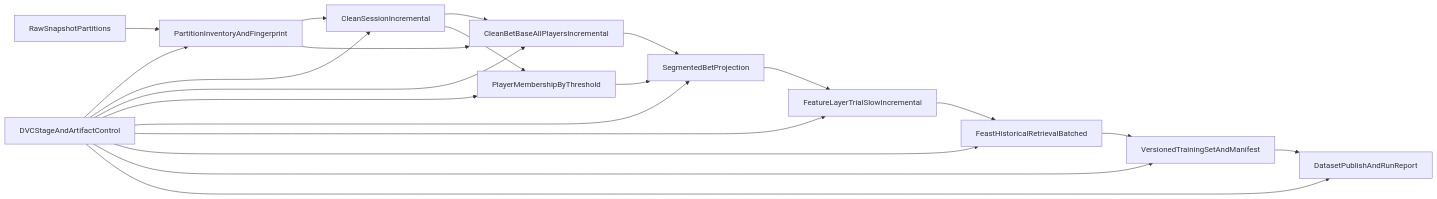
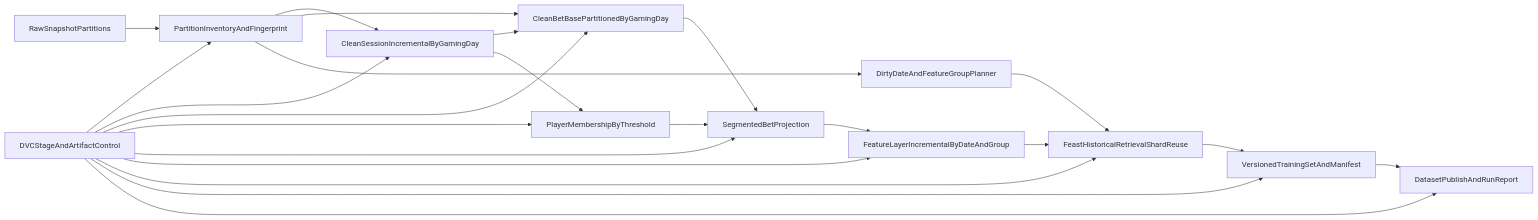
The diagram in trainer_hightier/doc/Data pipeline - IMPLEMENTATION_PLAN.md (comsaint/Patron_Walkaway), drawn with Mermaid before and after one commit. The commit also changed other lines of this file and 21 other files, not shown here.

First line of the commit message:
feat: enhance data pipeline with partitioned bet handling and validation

````diff
--- a/trainer_hightier/doc/Data pipeline - IMPLEMENTATION_PLAN.md
+++ b/trainer_hightier/doc/Data pipeline - IMPLEMENTATION_PLAN.md
@@ -32,36 +34,39 @@
 ```mermaid
 flowchart LR
     rawSnapshot[RawSnapshotPartitions]
     inventory[PartitionInventoryAndFingerprint]
-    cleanSession[CleanSessionIncremental]
-    cleanBetBase[CleanBetBaseAllPlayersIncremental]
+    cleanSession[CleanSessionIncrementalByGamingDay]
+    cleanBetBase[CleanBetBasePartitionedByGamingDay]
     playerMembership[PlayerMembershipByThreshold]
     segmentedBet[SegmentedBetProjection]
-    featureLayer[FeatureLayerTrialSlowIncremental]
-    feastRetrieval[FeastHistoricalRetrievalBatched]
+    featureLayer[FeatureLayerIncrementalByDateAndGroup]
+    cachePlanner[DirtyDateAndFeatureGroupPlanner]
+    feastRetrieval[FeastHistoricalRetrievalShardReuse]
     trainingSet[VersionedTrainingSetAndManifest]
     datasetPublish[DatasetPublishAndRunReport]
     dvcCtl[DVCStageAndArtifactControl]
 
     rawSnapshot --> inventory
     inventory --> cleanSession
     inventory --> cleanBetBase
     cleanSession --> cleanBetBase
     cleanSession --> playerMembership
     playerMembership --> segmentedBet
     cleanBetBase --> segmentedBet
     segmentedBet --> featureLayer
+    inventory --> cachePlanner
     featureLayer --> feastRetrieval
+    cachePlanner --> feastRetrieval
     feastRetrieval --> trainingSet
     trainingSet --> datasetPublish
 
     dvcCtl --> inventory
     dvcCtl --> cleanSession
     dvcCtl --> cleanBetBase
     dvcCtl --> playerMembership
     dvcCtl --> segmentedBet
     dvcCtl --> featureLayer
     dvcCtl --> feastRetrieval
     dvcCtl --> trainingSet
     dvcCtl --> datasetPublish
 ```
````
